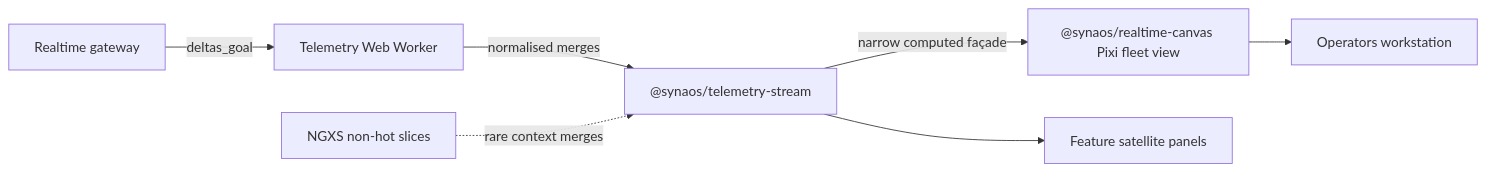
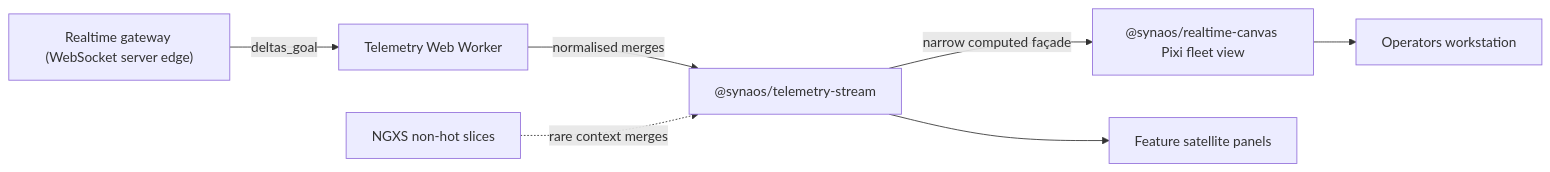
The diagram in PLAN.md (kaplan81/synaos-staff-frontend-engineer-technical-challenge), drawn with Mermaid before and after one commit. The commit also changed other lines of this file, not shown here.

````diff
--- a/PLAN.md
+++ b/PLAN.md
@@ -86,16 +86,16 @@
 ```mermaid
 flowchart LR
-  Gateway[Realtime gateway]
+  Gateway["Realtime gateway (WebSocket server edge)"]
   Worker[Telemetry Web Worker]
   TelemetryPkg["@synaos/telemetry-stream"]
   NGXS[NGXS non-hot slices]
   CanvasPkg["@synaos/realtime-canvas Pixi fleet view"]
   OperatorWS[Operators workstation]
 
   Gateway -->|"deltas_goal"| Worker
   Worker -->|"normalised merges"| TelemetryPkg
   NGXS -. "rare context merges" .-> TelemetryPkg
   TelemetryPkg -->|"narrow computed façade"| CanvasPkg
   CanvasPkg --> OperatorWS
   TelemetryPkg --> AlarmPanels[Feature satellite panels]
 ```
````
